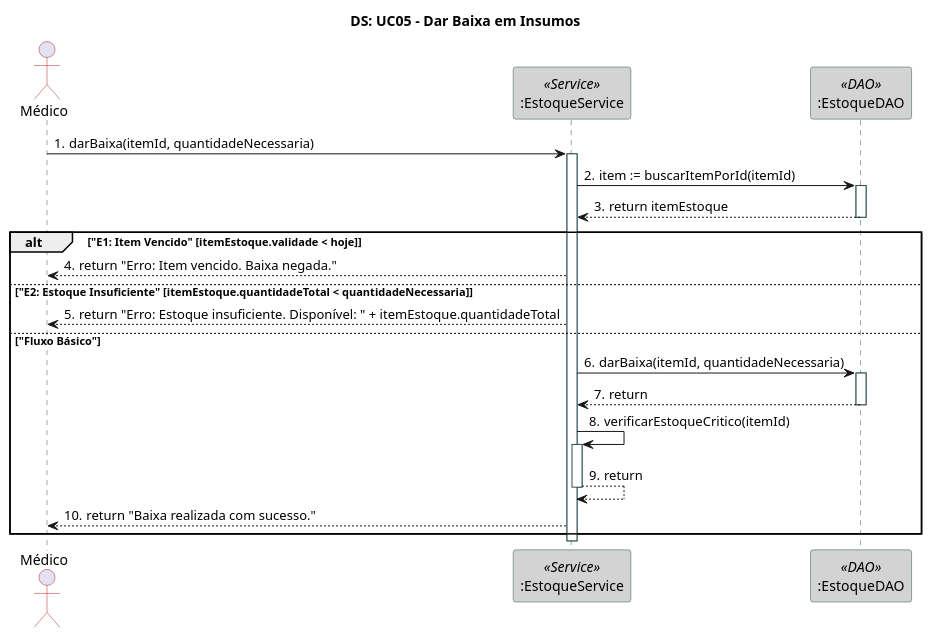
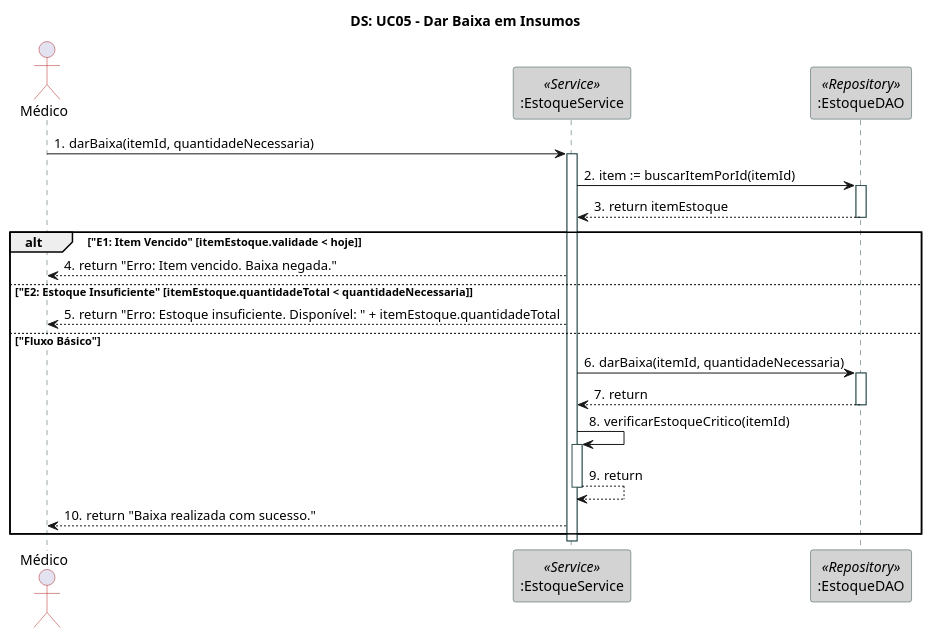
One commit to ps-es-2025-2/grupo4 changed the fifth of 10 diagrams in docs/documentos-finais-definitivos/3.7_3.9_3.10_Modelagens/3.9. Modelagem de Interações/3.9. Modelagem de Interações.md. Above: the diagram before and after it, drawn with PlantUML. The commit also changed other lines of this file and 29 other files, not shown here.

````diff
--- a/docs/documentos-finais-definitivos/3.7_3.9_3.10_Modelagens/3.9. Modelagem de Interações/3.9. Modelagem de Interações.md
+++ b/docs/documentos-finais-definitivos/3.7_3.9_3.10_Modelagens/3.9. Modelagem de Interações/3.9. Modelagem de Interações.md
@@ -376,69 +434,69 @@
 ```plantuml
 @startuml
 
 ' Diagrama de Sequência para UC05: Dar Baixa em Insumos
 ' Baseado no Fluxo Básico e Exceções E1 e E2.
 
 skinparam participant {
   BorderColor DarkSlateGray
   BackgroundColor LightGray
   ArrowColor Firebrick
 }
 
 skinparam sequence {
   LifeLineBorderColor DarkSlateGray
   ActorBorderColor Firebrick
 }
 
 title "DS: UC05 - Dar Baixa em Insumos"
 
 ' Ator pode ser Médico ou Secretária
 actor Médico as Actor
 
 ' Participantes baseados no Diagrama de Classes
 participant ":EstoqueService" as Service <<Service>>
-participant ":EstoqueDAO" as DAO <<DAO>>
+participant ":EstoqueDAO" as Repository <<Repository>>
 
 autonumber "0."
 
 ' Passos 1, 2, 4: Ator acessa função, seleciona item e informa quantidade
 Actor -> Service: darBaixa(itemId, quantidadeNecessaria)
 activate Service
 
 ' Passo 5: O Sistema consulta o EstoqueDAO para verificar a validade e a disponibilidade.
-Service -> DAO: item := buscarItemPorId(itemId)
-activate DAO
+Service -> Repository: item := buscarItemPorId(itemId)
+activate Repository
 
 ' Supondo happy path
-DAO --> Service: return itemEstoque
-deactivate DAO
+Repository --> Service: return itemEstoque
+deactivate Repository
 
 ' Bloco 'alt' para tratar Exceções E1 (Vencido) e E2 (Insuficiente)
 alt "E1: Item Vencido" [itemEstoque.validade < hoje]
   Service --> Actor: return "Erro: Item vencido. Baixa negada."
 else "E2: Estoque Insuficiente" [itemEstoque.quantidadeTotal < quantidadeNecessaria]
   Service --> Actor: return "Erro: Estoque insuficiente. Disponível: " + itemEstoque.quantidadeTotal
 else "Fluxo Básico"
   ' Passo 6: O Sistema atualiza a quantidade Total do Item no Estoque.
-  ' O próprio método darBaixa(id, qtde) no DAO deve fazer isso.
-  Service -> DAO: darBaixa(itemId, quantidadeNecessaria)
-  activate DAO
-  DAO --> Service: return
-  deactivate DAO
+  ' O próprio método darBaixa(id, qtde) no Repository deve fazer isso.
+  Service -> Repository: darBaixa(itemId, quantidadeNecessaria)
+  activate Repository
+  Repository --> Service: return
+  deactivate Repository
   
   ' Passo 7: O Sistema dispara a verificação de Estoque Crítico (UC07)
   ' Auto-mensagem
   Service -> Service: verificarEstoqueCritico(itemId)
   activate Service
   ' A lógica do UC07 (alerta) acontece aqui
   Service --> Service: return
   deactivate Service
   
   ' Passo 8: O caso de uso é encerrado
   Service --> Actor: return "Baixa realizada com sucesso."
 end
 
 deactivate Service
 
 @enduml
 ```
````
